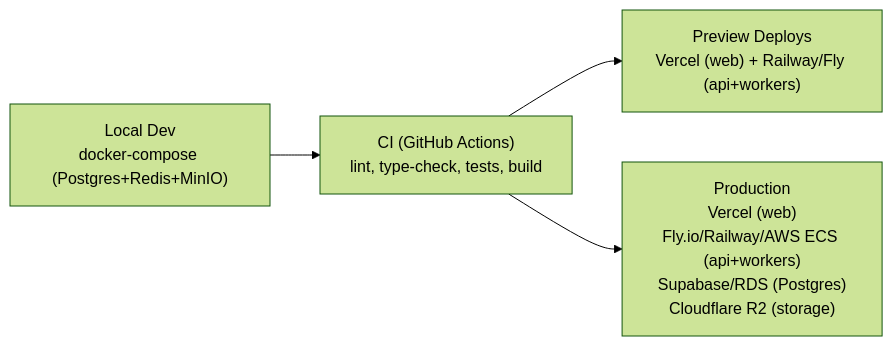
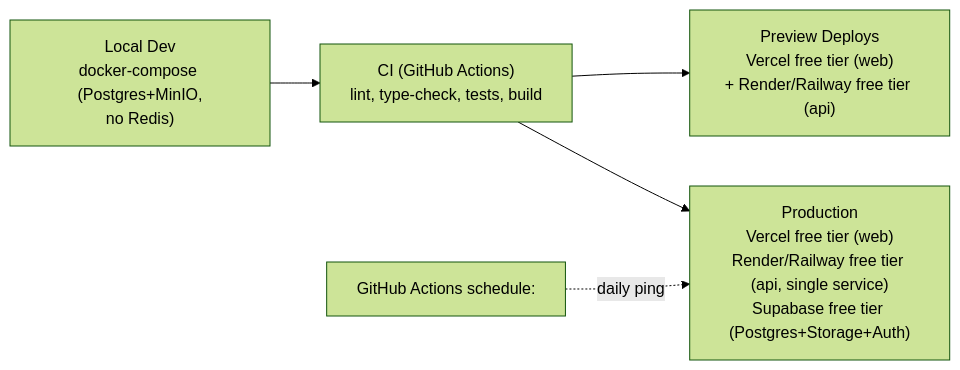
The second of 5 diagrams in docs/architecture/system-architecture.md (vinayakpathak03/everydayjustyou), drawn with Mermaid (forest theme) before and after one commit. The commit also changed other lines of this file and 7 other files, not shown here.

````diff
--- a/docs/architecture/system-architecture.md
+++ b/docs/architecture/system-architecture.md
@@ -81,6 +73,7 @@
 ```mermaid
 flowchart LR
-    Dev["Local Dev<br/>docker-compose (Postgres+Redis+MinIO)"] --> CI["CI (GitHub Actions)<br/>lint, type-check, tests, build"]
-    CI --> Preview["Preview Deploys<br/>Vercel (web) + Railway/Fly (api+workers)"]
-    CI --> Prod["Production<br/>Vercel (web)<br/>Fly.io/Railway/AWS ECS (api+workers)<br/>Supabase/RDS (Postgres)<br/>Cloudflare R2 (storage)"]
+    Dev["Local Dev<br/>docker-compose (Postgres+MinIO,<br/>no Redis)"] --> CI["CI (GitHub Actions)<br/>lint, type-check, tests, build"]
+    CI --> Preview["Preview Deploys<br/>Vercel free tier (web)<br/>+ Render/Railway free tier (api)"]
+    CI --> Prod["Production<br/>Vercel free tier (web)<br/>Render/Railway free tier (api, single service)<br/>Supabase free tier (Postgres+Storage+Auth)"]
+    Cron2["GitHub Actions schedule:"] -.->|daily ping| Prod
 ```
````
